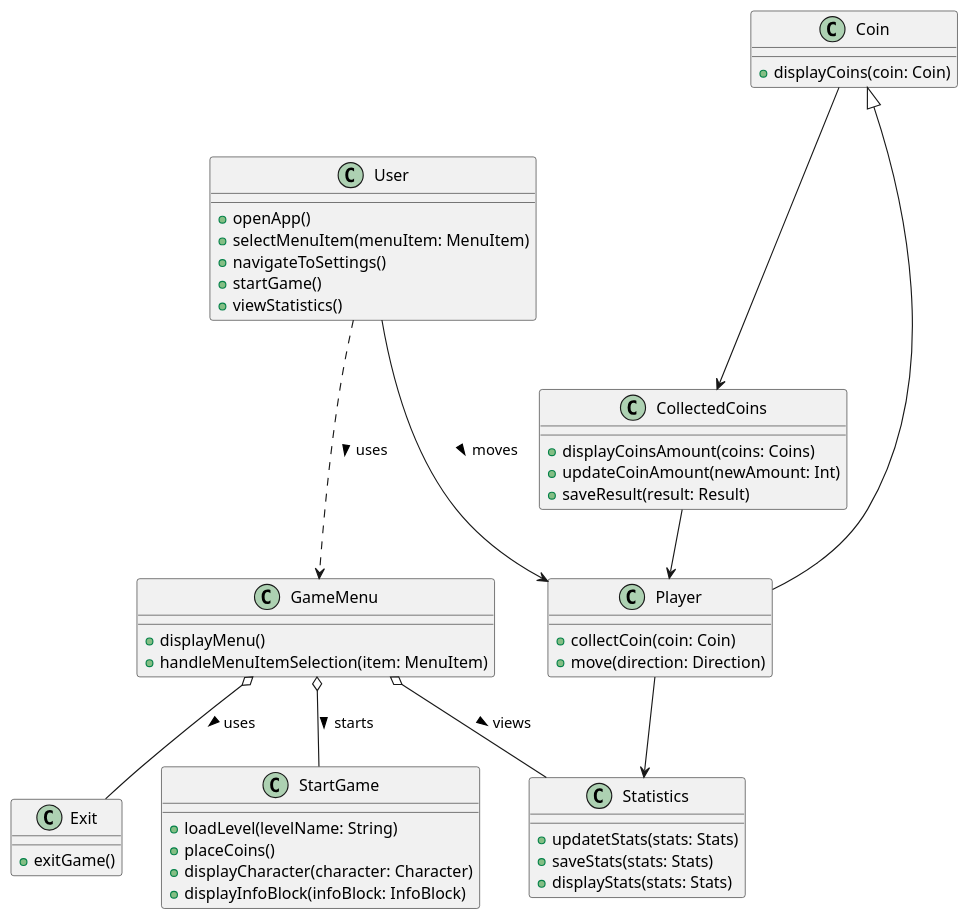
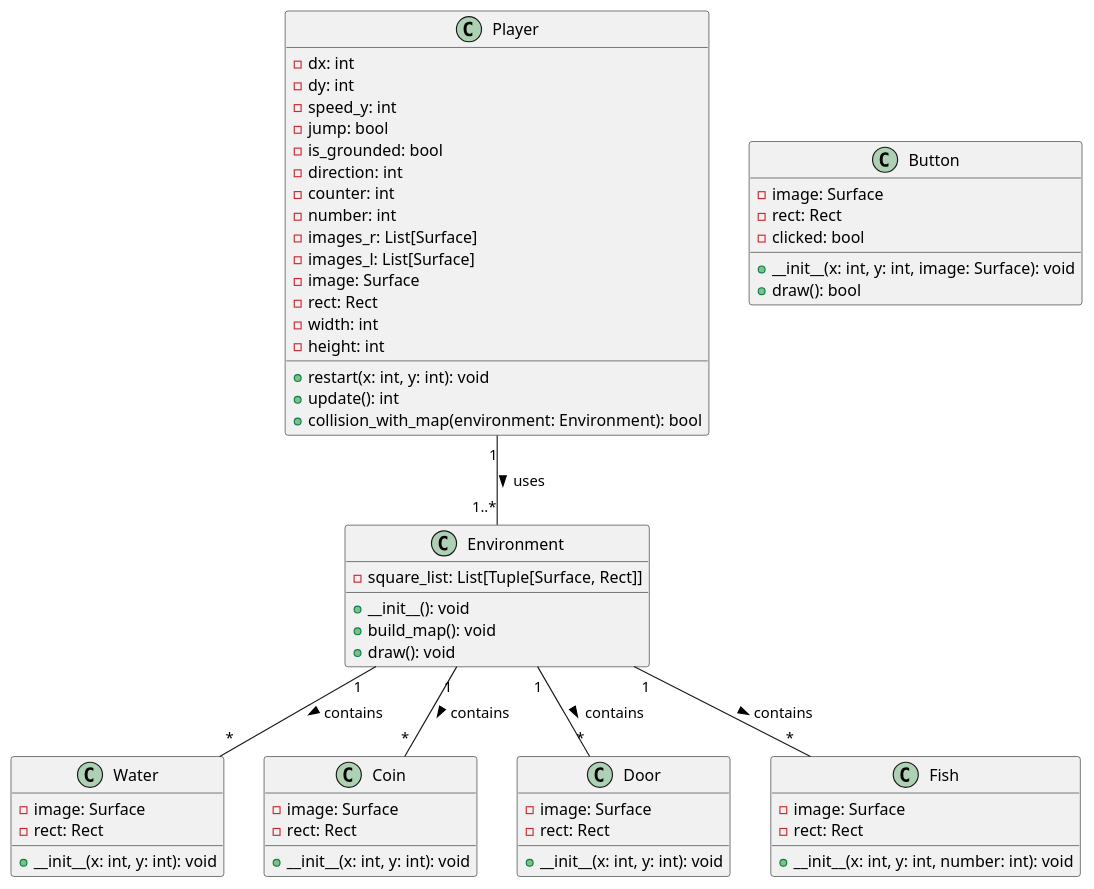
Before and after one commit to Muuuve/My-Project: the diagram in docs/diagrams/class_diagram.puml, drawn with PlantUML. The commit also changed 4 other files, not shown here.

```diff
--- a/docs/diagrams/class_diagram.puml
+++ b/docs/diagrams/class_diagram.puml
@@ -1,61 +1,68 @@
 @startuml
 
-class User {
-    +openApp()
-    +selectMenuItem(menuItem: MenuItem)
-    +navigateToSettings()
-    +startGame()
-    +viewStatistics()
+class Player {
+    -dx: int
+    -dy: int
+    -speed_y: int
+    -jump: bool
+    -is_grounded: bool
+    -direction: int
+    -counter: int
+    -number: int
+    -images_r: List[Surface]
+    -images_l: List[Surface]
+    -image: Surface
+    -rect: Rect
+    -width: int
+    -height: int
+    +restart(x: int, y: int): void
+    +update(): int
+    +collision_with_map(environment: Environment): bool
 }
 
-class GameMenu {
-    +displayMenu()
-    +handleMenuItemSelection(item: MenuItem)
+class Environment {
+    -square_list: List[Tuple[Surface, Rect]]
+    +__init__(): void
+    +build_map(): void
+    +draw(): void
 }
 
-class Exit {
-    +exitGame()
-}
-
-class StartGame {
-    +loadLevel(levelName: String)
-    +placeCoins()
-    +displayCharacter(character: Character)
-    +displayInfoBlock(infoBlock: InfoBlock)
-}
-
-class Statistics {
-    +updatetStats(stats: Stats)
-    +saveStats(stats: Stats)
-    +displayStats(stats: Stats)
-}
-
-class CollectedCoins {
-    +displayCoinsAmount(coins: Coins)
-    +updateCoinAmount(newAmount: Int)
-    +saveResult(result: Result)
+class Water {
+    -image: Surface
+    -rect: Rect
+    +__init__(x: int, y: int): void
 }
 
 class Coin {
-    +displayCoins(coin: Coin)
-    
+    -image: Surface
+    -rect: Rect
+    +__init__(x: int, y: int): void
 }
 
-class Player {
-    +collectCoin(coin: Coin)
-    +move(direction: Direction)
+class Door {
+    -image: Surface
+    -rect: Rect
+    +__init__(x: int, y: int): void
 }
 
-User -.-> GameMenu : uses >
-User --->  Player : moves >
-GameMenu o-- StartGame : starts >
-GameMenu o-- Exit : uses >
-GameMenu o-- Statistics : views >
-CollectedCoins --> Player
-Player --> Statistics
+class Fish {
+    -image: Surface
+    -rect: Rect
+    +__init__(x: int, y: int, number: int): void
+}
 
+class Button {
+    -image: Surface
+    -rect: Rect
+    -clicked: bool
+    +__init__(x: int, y: int, image: Surface): void
+    +draw(): bool
+}
 
-Coin <|-- Player
-Coin ---> CollectedCoins
+Player "1" -- "1..*" Environment : uses >
+Environment "1" -- "*" Water : contains >
+Environment "1" -- "*" Coin : contains >
+Environment "1" -- "*" Door : contains >
+Environment "1" -- "*" Fish : contains >
 
 @enduml
```
